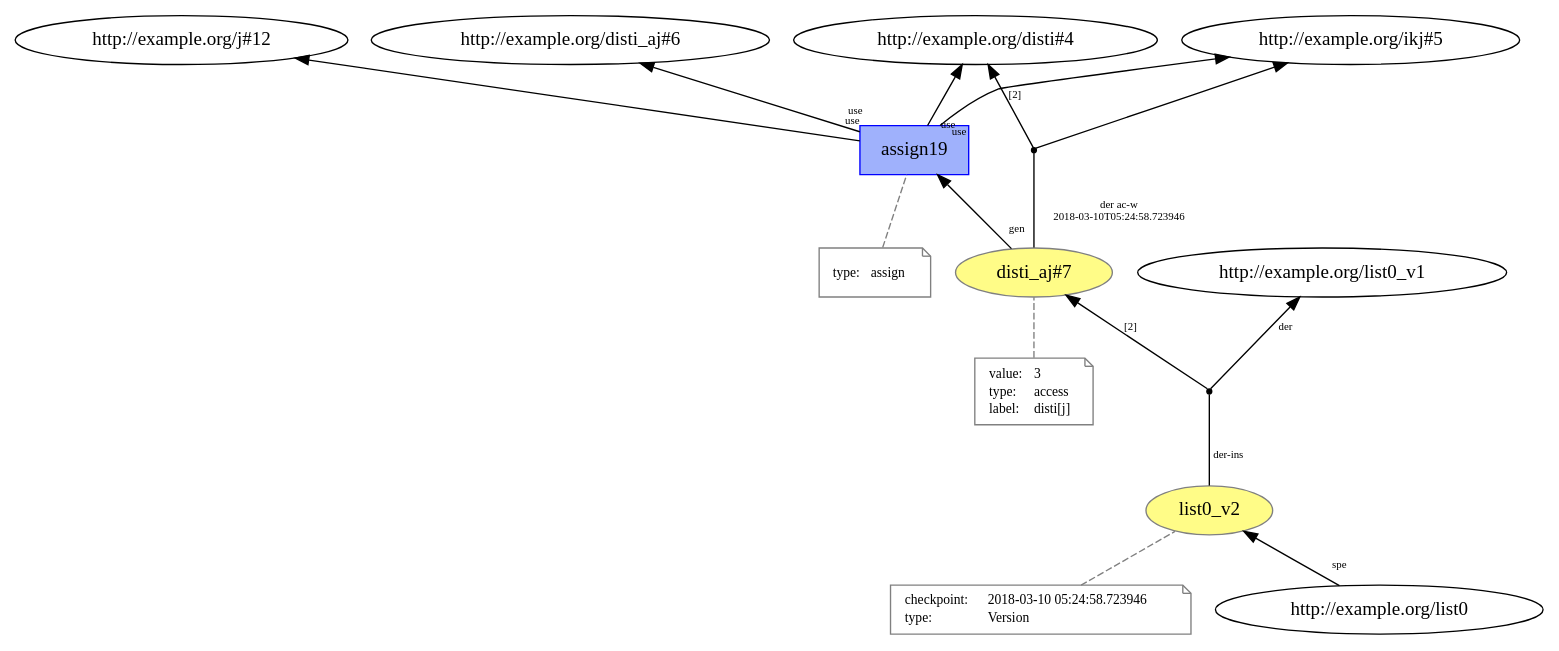
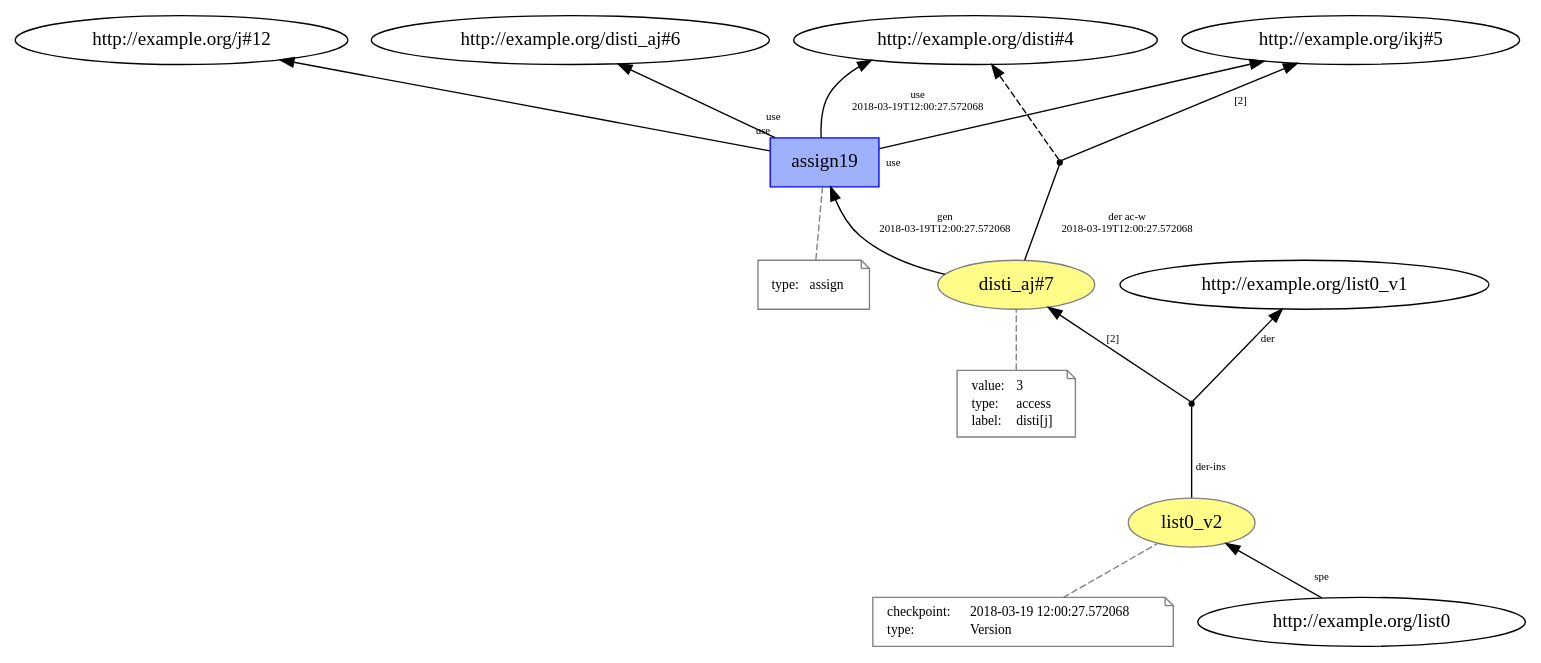
One commit to dew-uff/versioned-prov changed the diagram in generated/intertwined_prov/temp/L21__part_assign_with_propagation_2.dot. Above: the diagram before and after it, drawn with Graphviz. The commit also changed 619 other files, not shown here.

```diff
--- a/generated/intertwined_prov/temp/L21__part_assign_with_propagation_2.dot
+++ b/generated/intertwined_prov/temp/L21__part_assign_with_propagation_2.dot
@@ -1,53 +1,55 @@
 digraph "PROV" { size="16,12"; rankdir="BT";
 "http://example.org/disti_aj#7" [fillcolor="#FFFC87",color="#808080",style="filled",label="disti_aj#7",URL="http://example.org/disti_aj#7"]
 "-attrs0" [color="gray",shape="note",fontsize="10",fontcolor="black",label=<<TABLE cellpadding="0" border="0">
 	<TR>
 	    <TD align="left">value:</TD>
 	    <TD align="left">3</TD>
 	</TR>
 	<TR>
 	    <TD align="left">type:</TD>
 	    <TD align="left">access</TD>
 	</TR>
 	<TR>
 	    <TD align="left">label:</TD>
 	    <TD align="left">disti[j]</TD>
 	</TR>
 </TABLE>>]
 "-attrs0" -> "http://example.org/disti_aj#7" [color="gray",style="dashed",arrowhead="none"]
 "http://example.org/list0_v2" [fillcolor="#FFFC87",color="#808080",style="filled",label="list0_v2",URL="http://example.org/list0_v2"]
 "-attrs1" [color="gray",shape="note",fontsize="10",fontcolor="black",label=<<TABLE cellpadding="0" border="0">
 	<TR>
 	    <TD align="left">checkpoint:</TD>
-	    <TD align="left">2018-03-10 05:24:58.723946</TD>
+	    <TD align="left">2018-03-19 12:00:27.572068</TD>
 	</TR>
 	<TR>
 	    <TD align="left">type:</TD>
 	    <TD align="left">Version</TD>
 	</TR>
 </TABLE>>]
 "-attrs1" -> "http://example.org/list0_v2" [color="gray",style="dashed",arrowhead="none"]
 "bn0" [shape="point",label=""]
 "http://example.org/list0_v2" -> "bn0" [fontsize="8",distance="1.5",angle="60.0",rotation="20",label="der-ins",arrowhead="none"]
 "bn0" -> "http://example.org/list0_v1" [fontsize="8",distance="1.5",angle="60.0",rotation="20",label="der"]
 "bn0" -> "http://example.org/disti_aj#7" [fontsize="8",distance="1.5",angle="60.0",rotation="20",label="[2]"]
 "http://example.org/list0" -> "http://example.org/list0_v2" [labelfontsize="8",labeldistance="1.5",labelangle="60.0",rotation="20",taillabel="spe"]
 "http://example.org/assign19" [fillcolor="#9FB1FC",color="#0000FF",shape="polygon",sides="4",style="filled",label="assign19",URL="http://example.org/assign19"]
 "-attrs2" [color="gray",shape="note",fontsize="10",fontcolor="black",label=<<TABLE cellpadding="0" border="0">
 	<TR>
 	    <TD align="left">type:</TD>
 	    <TD align="left">assign</TD>
 	</TR>
 </TABLE>>]
 "-attrs2" -> "http://example.org/assign19" [color="gray",style="dashed",arrowhead="none"]
 "bn1" [shape="point",label=""]
 "http://example.org/disti_aj#7" -> "bn1" [fontsize="8",distance="1.5",angle="60.0",rotation="20",label="der ac-w
-2018-03-10T05:24:58.723946",arrowhead="none"]
-"bn1" -> "http://example.org/disti#4" [fontsize="8",distance="1.5",angle="60.0",rotation="20",label="[2]"]
-"bn1" -> "http://example.org/ikj#5"
-"http://example.org/assign19" -> "http://example.org/disti#4" [labelfontsize="8",labeldistance="1.5",labelangle="60.0",rotation="20",taillabel="use"]
+2018-03-19T12:00:27.572068",arrowhead="none"]
+"bn1" -> "http://example.org/disti#4" [style="dashed"]
+"bn1" -> "http://example.org/ikj#5" [fontsize="8",distance="1.5",angle="60.0",rotation="20",label="[2]"]
+"http://example.org/assign19" -> "http://example.org/disti#4" [fontsize="8",distance="1.5",angle="60.0",rotation="20",label="use
+2018-03-19T12:00:27.572068"]
 "http://example.org/assign19" -> "http://example.org/j#12" [labelfontsize="8",labeldistance="1.5",labelangle="60.0",rotation="20",taillabel="use"]
 "http://example.org/assign19" -> "http://example.org/disti_aj#6" [labelfontsize="8",labeldistance="1.5",labelangle="60.0",rotation="20",taillabel="use"]
 "http://example.org/assign19" -> "http://example.org/ikj#5" [labelfontsize="8",labeldistance="1.5",labelangle="60.0",rotation="20",taillabel="use"]
-"http://example.org/disti_aj#7" -> "http://example.org/assign19" [labelfontsize="8",labeldistance="1.5",labelangle="60.0",rotation="20",taillabel="gen"]
+"http://example.org/disti_aj#7" -> "http://example.org/assign19" [fontsize="8",distance="1.5",angle="60.0",rotation="20",label="gen
+2018-03-19T12:00:27.572068"]
 }
```
